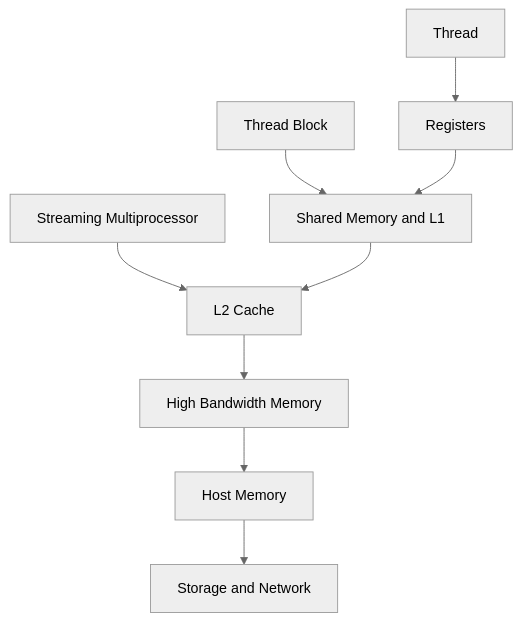
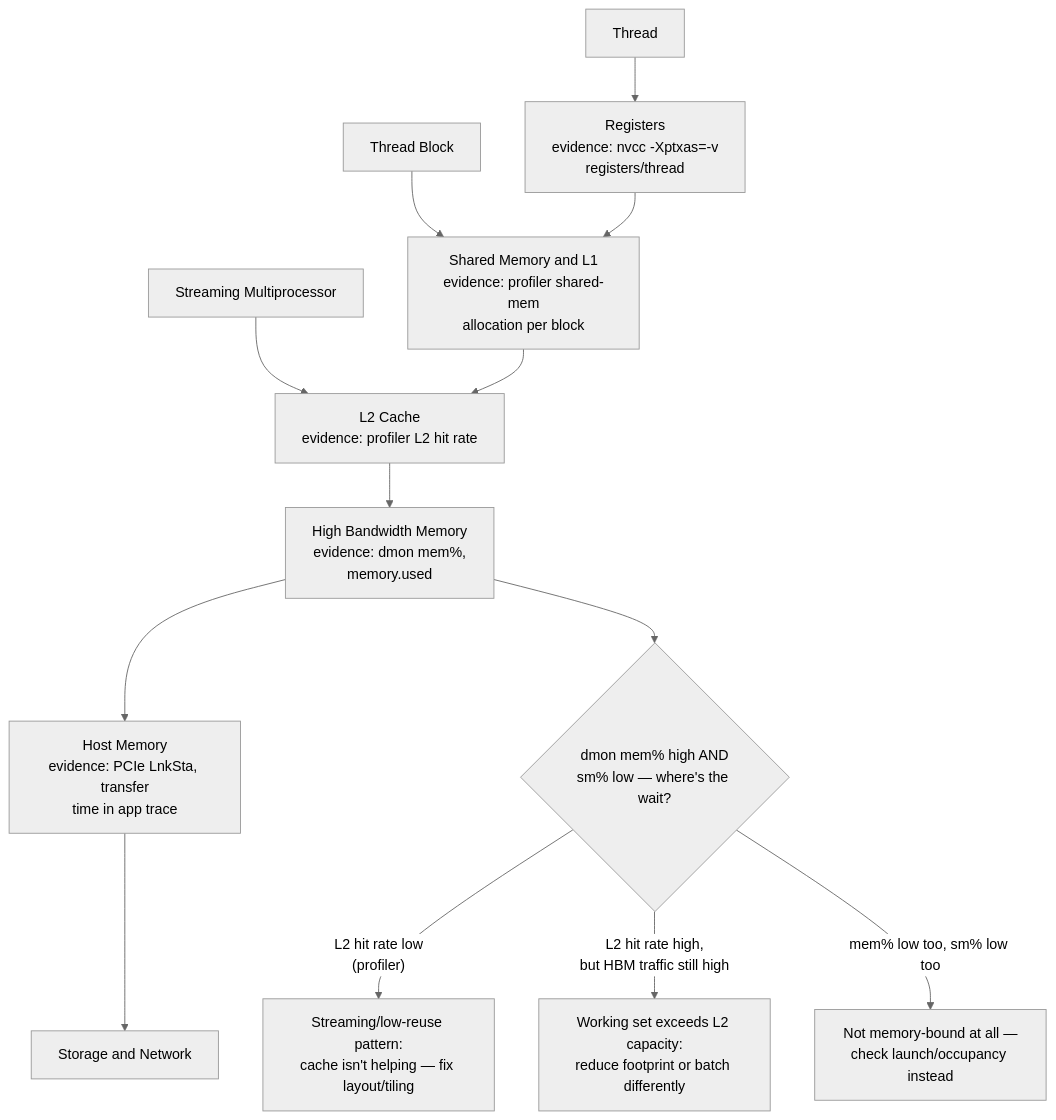
One commit to jithinpnjm/nvidia-devops changed the first of 5 diagrams in docs/nvidia-zero-to-hero/volume-02/chapter-05-gpu-memory-hierarchy.md. Above: the diagram before and after it, drawn with Mermaid (neutral theme). The commit also changed other lines of this file and 1 other file, not shown here.

````diff
--- a/docs/nvidia-zero-to-hero/volume-02/chapter-05-gpu-memory-hierarchy.md
+++ b/docs/nvidia-zero-to-hero/volume-02/chapter-05-gpu-memory-hierarchy.md
@@ -55,17 +55,21 @@
 ```mermaid
 flowchart TD
     Thread[Thread]
-    Registers[Registers]
+    Registers["Registers<br/>evidence: nvcc -Xptxas=-v<br/>registers/thread"]
     Block[Thread Block]
-    Shared[Shared Memory and L1]
+    Shared["Shared Memory and L1<br/>evidence: profiler shared-mem<br/>allocation per block"]
     SM[Streaming Multiprocessor]
-    L2[L2 Cache]
-    HBM[High Bandwidth Memory]
-    Host[Host Memory]
+    L2["L2 Cache<br/>evidence: profiler L2 hit rate"]
+    HBM["High Bandwidth Memory<br/>evidence: dmon mem%,<br/>memory.used"]
+    Host["Host Memory<br/>evidence: PCIe LnkSta, transfer<br/>time in app trace"]
     Storage[Storage and Network]
 
     Thread --> Registers
     Block --> Shared
     SM --> L2
     Registers --> Shared --> L2 --> HBM --> Host --> Storage
+    HBM --> Check{"dmon mem% high AND<br/>sm% low — where's the wait?"}
+    Check -->|"L2 hit rate low<br/>(profiler)"| Stream["Streaming/low-reuse pattern:<br/>cache isn't helping — fix layout/tiling"]
+    Check -->|"L2 hit rate high,<br/>but HBM traffic still high"| Thrash["Working set exceeds L2 capacity:<br/>reduce footprint or batch differently"]
+    Check -->|"mem% low too, sm% low too"| NotMem["Not memory-bound at all —<br/>check launch/occupancy instead"]
 ```
````
